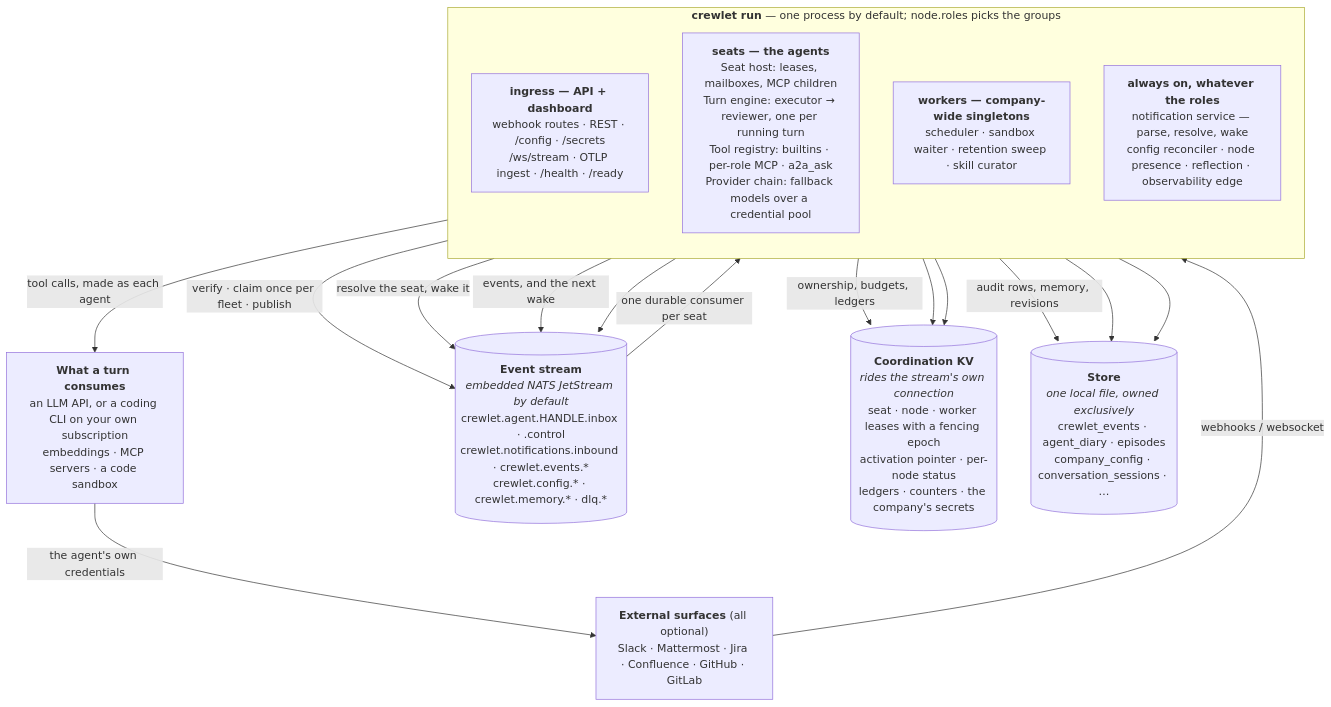
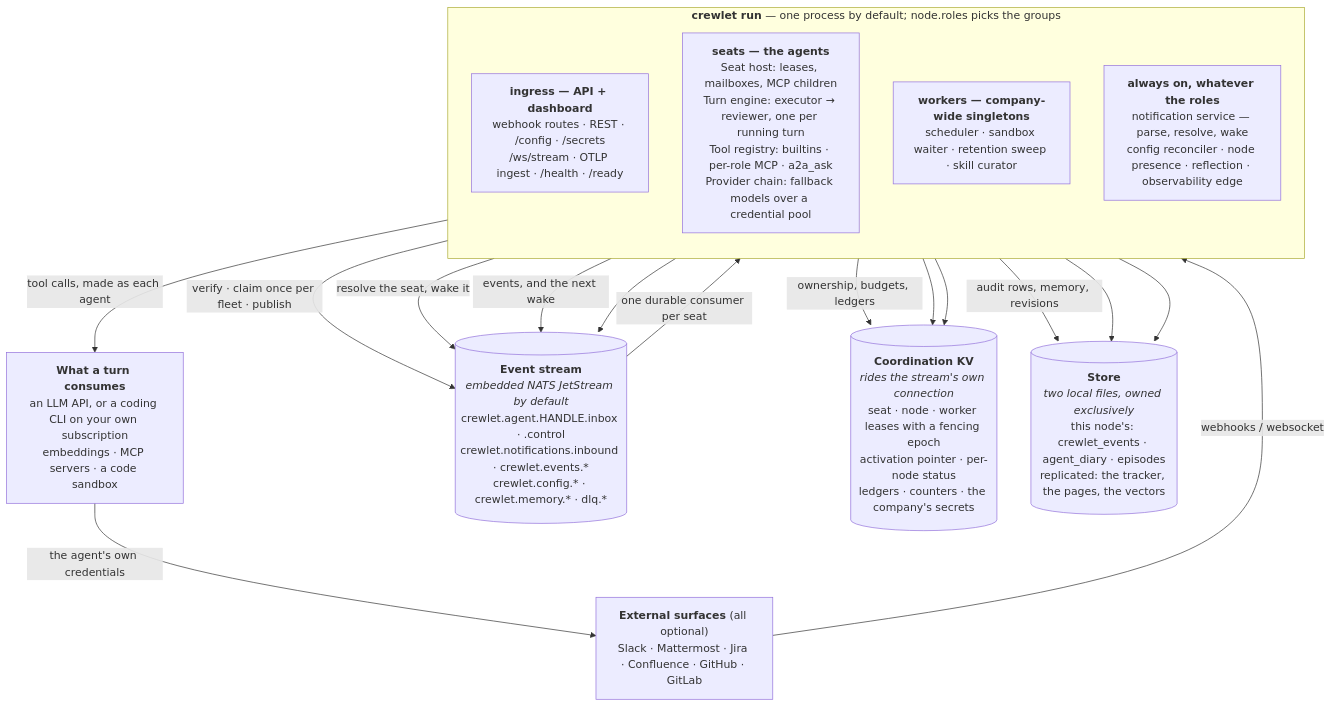
Before and after one commit to crewlet/crewlet: the diagram in docs/concepts/overview.md, drawn with Mermaid. The commit also changed other lines of this file and 15 other files, not shown here.

````diff
--- a/docs/concepts/overview.md
+++ b/docs/concepts/overview.md
@@ -56,32 +56,32 @@
 ```mermaid
 flowchart TB
     EXT["<b>External surfaces</b> (all optional)<br/>Slack · Mattermost · Jira · Confluence · GitHub · GitLab"]
     SUPPLY["<b>What a turn consumes</b><br/>an LLM API, or a coding CLI on your own subscription<br/>embeddings · MCP servers · a code sandbox"]
 
     subgraph proc["<b>crewlet run</b> — one process by default; node.roles picks the groups"]
         direction TB
         API["<b>ingress — API + dashboard</b><br/>webhook routes · REST · /config · /secrets<br/>/ws/stream · OTLP ingest · /health · /ready"]
         SEAT["<b>seats — the agents</b><br/>Seat host: leases, mailboxes, MCP children<br/>Turn engine: executor → reviewer, one per running turn<br/>Tool registry: builtins · per-role MCP · a2a_ask<br/>Provider chain: fallback models over a credential pool"]
         DUTY["<b>workers — company-wide singletons</b><br/>scheduler · sandbox waiter · retention sweep · skill curator"]
         CORE["<b>always on, whatever the roles</b><br/>notification service — parse, resolve, wake<br/>config reconciler · node presence · reflection · observability edge"]
     end
 
     STREAM[("<b>Event stream</b><br/><i>embedded NATS JetStream by default</i><br/>crewlet.agent.HANDLE.inbox · .control<br/>crewlet.notifications.inbound · crewlet.events.*<br/>crewlet.config.* · crewlet.memory.* · dlq.*")]
     KV[("<b>Coordination KV</b><br/><i>rides the stream's own connection</i><br/>seat · node · worker leases with a fencing epoch<br/>activation pointer · per-node status<br/>ledgers · counters · the company's secrets")]
-    DB[("<b>Store</b><br/><i>one local file, owned exclusively</i><br/>crewlet_events · agent_diary · episodes<br/>company_config · conversation_sessions · …")]
+    DB[("<b>Store</b><br/><i>two local files, owned exclusively</i><br/>this node's: crewlet_events · agent_diary · episodes<br/>replicated: the tracker, the pages, the vectors")]
 
     EXT -->|"webhooks / websocket"| API
     API -->|"verify · claim once per fleet · publish"| STREAM
     CORE -->|"resolve the seat, wake it"| STREAM
     STREAM -->|"one durable consumer per seat"| SEAT
     SEAT -->|"tool calls, made as each agent"| SUPPLY
     SUPPLY -->|"the agent's own credentials"| EXT
     SEAT -->|"events, and the next wake"| STREAM
     DUTY --> STREAM
     SEAT -->|"ownership, budgets, ledgers"| KV
     CORE --> KV
     DUTY --> KV
     SEAT -->|"audit rows, memory, revisions"| DB
     CORE --> DB
     API --> DB
 ```
````
